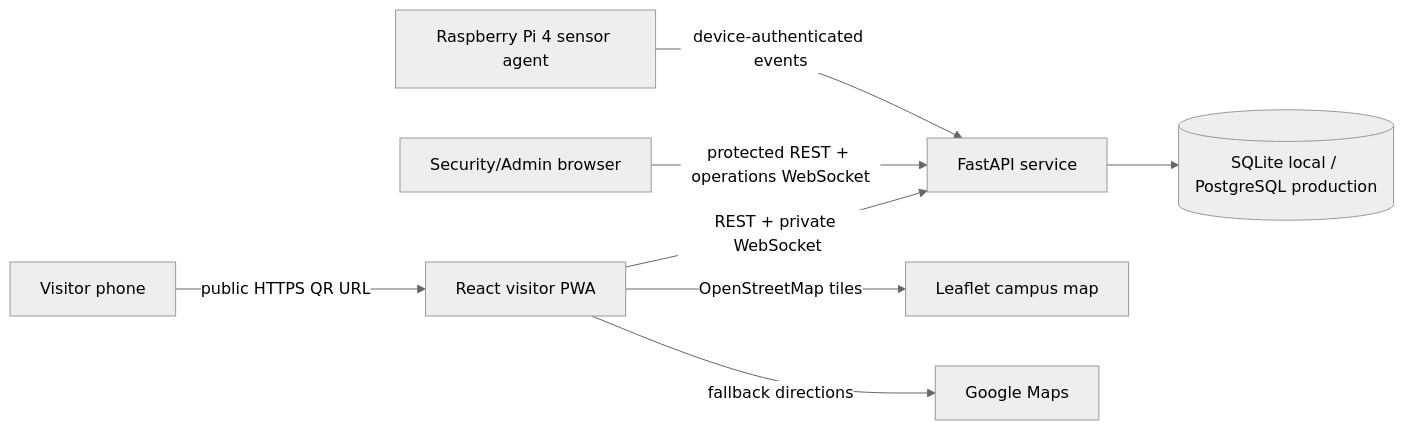
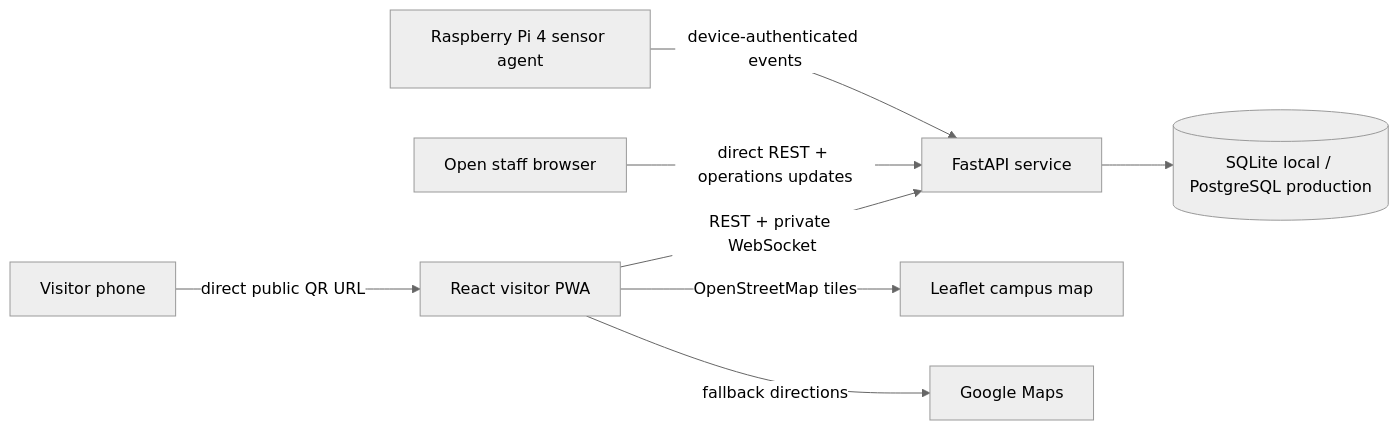
The diagram in docs/ARCHITECTURE.md (couragemarcus/smart_parking_new_repo), drawn with Mermaid (neutral theme) before and after one commit. The commit also changed other lines of this file and 21 other files, not shown here.

````diff
--- a/docs/ARCHITECTURE.md
+++ b/docs/ARCHITECTURE.md
@@ -5,10 +5,10 @@
 ```mermaid
 flowchart LR
-  Phone[Visitor phone] -->|public HTTPS QR URL| PWA[React visitor PWA]
+  Phone[Visitor phone] -->|direct public QR URL| PWA[React visitor PWA]
   PWA -->|REST + private WebSocket| API[FastAPI service]
-  Security[Security/Admin browser] -->|protected REST + operations WebSocket| API
+  Staff[Open staff browser] -->|direct REST + operations updates| API
   Pi[Raspberry Pi 4 sensor agent] -->|device-authenticated events| API
   API --> DB[(SQLite local / PostgreSQL production)]
   PWA -->|OpenStreetMap tiles| Map[Leaflet campus map]
   PWA -->|fallback directions| Google[Google Maps]
 ```
````
